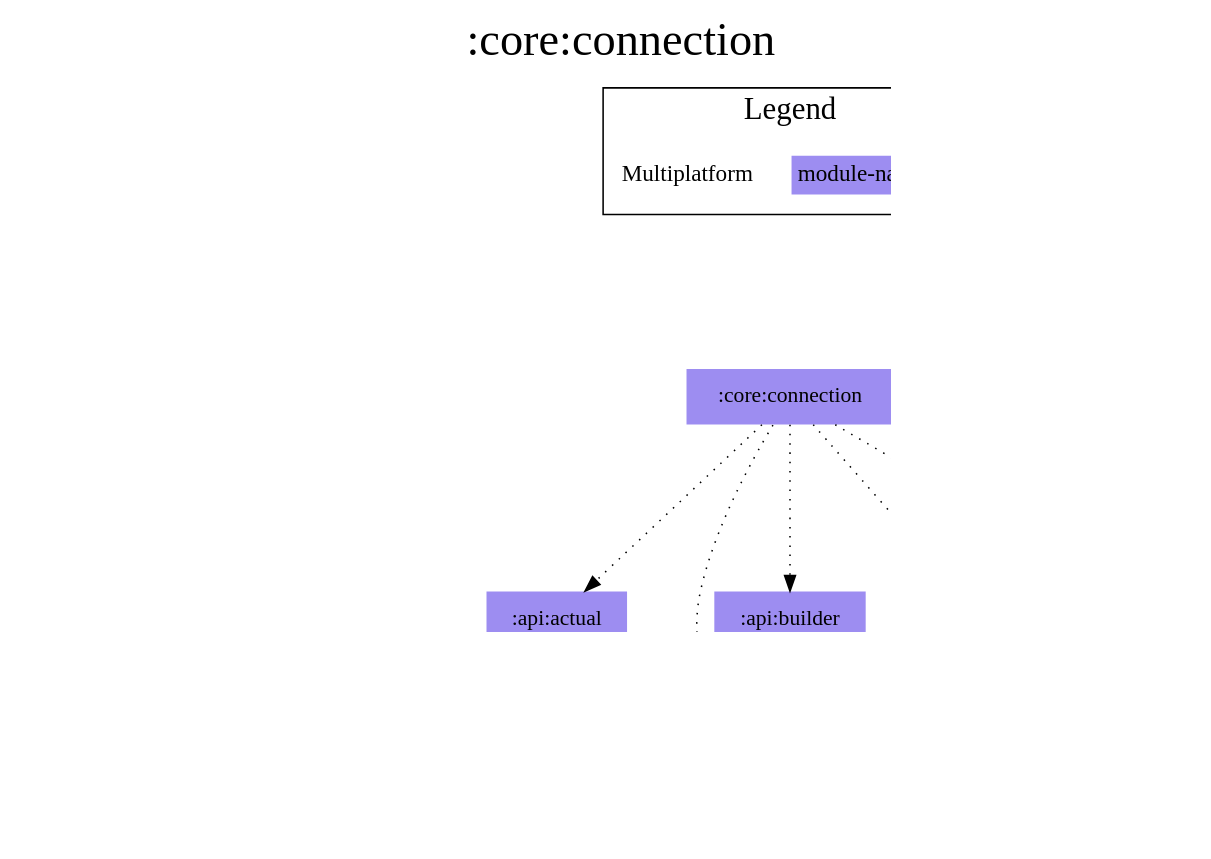
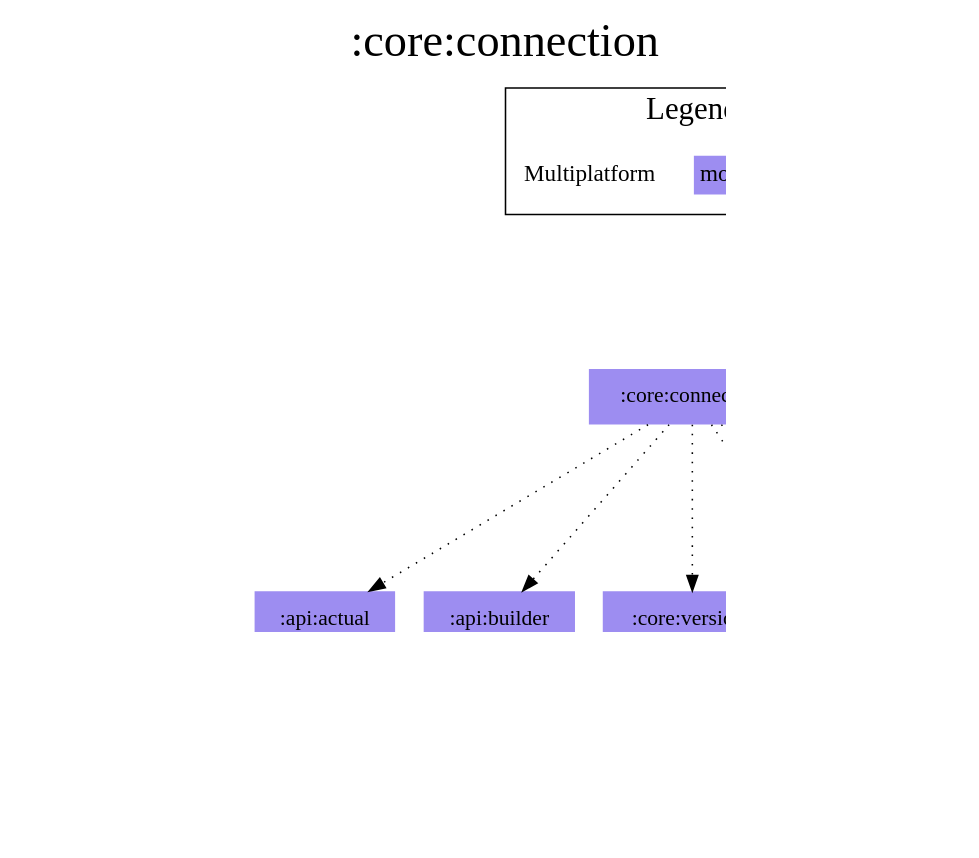
Before and after one commit to jonapoul/aktual: the diagram in modules/core/connection/project-dependency-graph.dot, drawn with Graphviz. The commit also changed other lines of this file and 50 other files, not shown here.

Commit message:
Fix diagram sorting

```diff
--- a/modules/core/connection/project-dependency-graph.dot
+++ b/modules/core/connection/project-dependency-graph.dot
@@ -1,38 +1,38 @@
 digraph {
 edge ["dir"="forward"]
 graph ["dpi"="100","label"=":core:connection","labelloc"="t","fontsize"="30","ranksep"="1.5","rankdir"="TB"]
 node ["style"="filled"]
+":account:model" ["fillcolor"="#9D8DF1","shape"="none"]
+":api:actual" ["fillcolor"="#9D8DF1","shape"="none"]
+":api:builder" ["fillcolor"="#9D8DF1","shape"="none"]
+":budget:model" ["fillcolor"="#9D8DF1","shape"="none"]
+":codegen:annotation" ["fillcolor"="#9D8DF1","shape"="none"]
 ":core:connection" ["fillcolor"="#9D8DF1","shape"="none"]
-":api:actual" ["fillcolor"="#9D8DF1","shape"="none"]
-":account:model" ["fillcolor"="#9D8DF1","shape"="none"]
-":budget:model" ["fillcolor"="#9D8DF1","shape"="none"]
+":core:versions" ["fillcolor"="#9D8DF1","shape"="none"]
 ":url:model" ["fillcolor"="#9D8DF1","shape"="none"]
-":codegen:annotation" ["fillcolor"="#9D8DF1","shape"="none"]
-":api:builder" ["fillcolor"="#9D8DF1","shape"="none"]
-":core:versions" ["fillcolor"="#9D8DF1","shape"="none"]
 ":url:prefs" ["fillcolor"="#9D8DF1","shape"="none"]
 {
 edge ["dir"="none"]
 graph ["rank"="same"]
 }
 ":api:actual" -> ":account:model"
 ":api:actual" -> ":budget:model"
 ":api:actual" -> ":codegen:annotation" ["style"="dotted"]
 ":api:actual" -> ":url:model"
 ":api:builder" -> ":url:model"
 ":core:connection" -> ":api:actual" ["style"="dotted"]
 ":core:connection" -> ":api:builder" ["style"="dotted"]
 ":core:connection" -> ":core:versions" ["style"="dotted"]
 ":core:connection" -> ":url:model" ["style"="dotted"]
 ":core:connection" -> ":url:prefs" ["style"="dotted"]
 ":url:prefs" -> ":url:model"
 subgraph "cluster_legend" {
 edge ["dir"="none"]
 graph ["label"="Legend","fontsize"="20"]
 "Legend" ["style"="filled","fillcolor"="#FFFFFF","shape"="none","margin"="0","fontsize"="15","label"=<
 <TABLE BORDER="0" CELLBORDER="0" CELLSPACING="0" CELLPADDING="4">
 <TR><TD>Multiplatform</TD><TD BGCOLOR="#9D8DF1">module-name</TD></TR>
 </TABLE>
 >]
 } -> ":core:connection" ["style"="invis"]
 }
```
